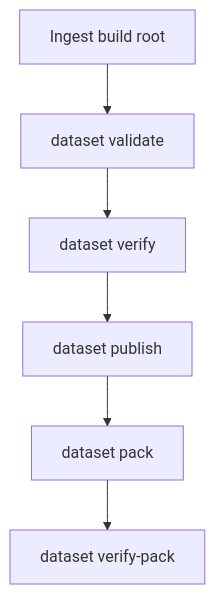
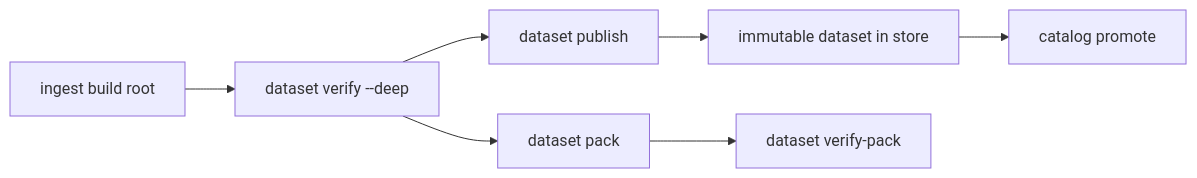
The diagram in docs/bijux-atlas/workflows/dataset-workflows.md (bijux/bijux-atlas), drawn with Mermaid before and after one commit. The commit also changed other lines of this file and 2 other files, not shown here.

Commit message:
docs(workflows): define ingest publication and discovery gates

````diff
--- a/docs/bijux-atlas/workflows/dataset-workflows.md
+++ b/docs/bijux-atlas/workflows/dataset-workflows.md
@@ -17,8 +16,9 @@
 ```mermaid
-flowchart TD
-    Build[Ingest build root] --> Validate[dataset validate]
-    Validate --> Verify[dataset verify]
-    Verify --> Publish[dataset publish]
-    Publish --> Pack[dataset pack]
-    Pack --> VerifyPack[dataset verify-pack]
+flowchart LR
+    Build["ingest build root"] --> Verify["dataset verify --deep"]
+    Verify --> Publish["dataset publish"]
+    Publish --> Stored["immutable dataset in store"]
+    Stored --> Promote["catalog promote"]
+    Verify --> Pack["dataset pack"]
+    Pack --> CheckPack["dataset verify-pack"]
 ```
````
